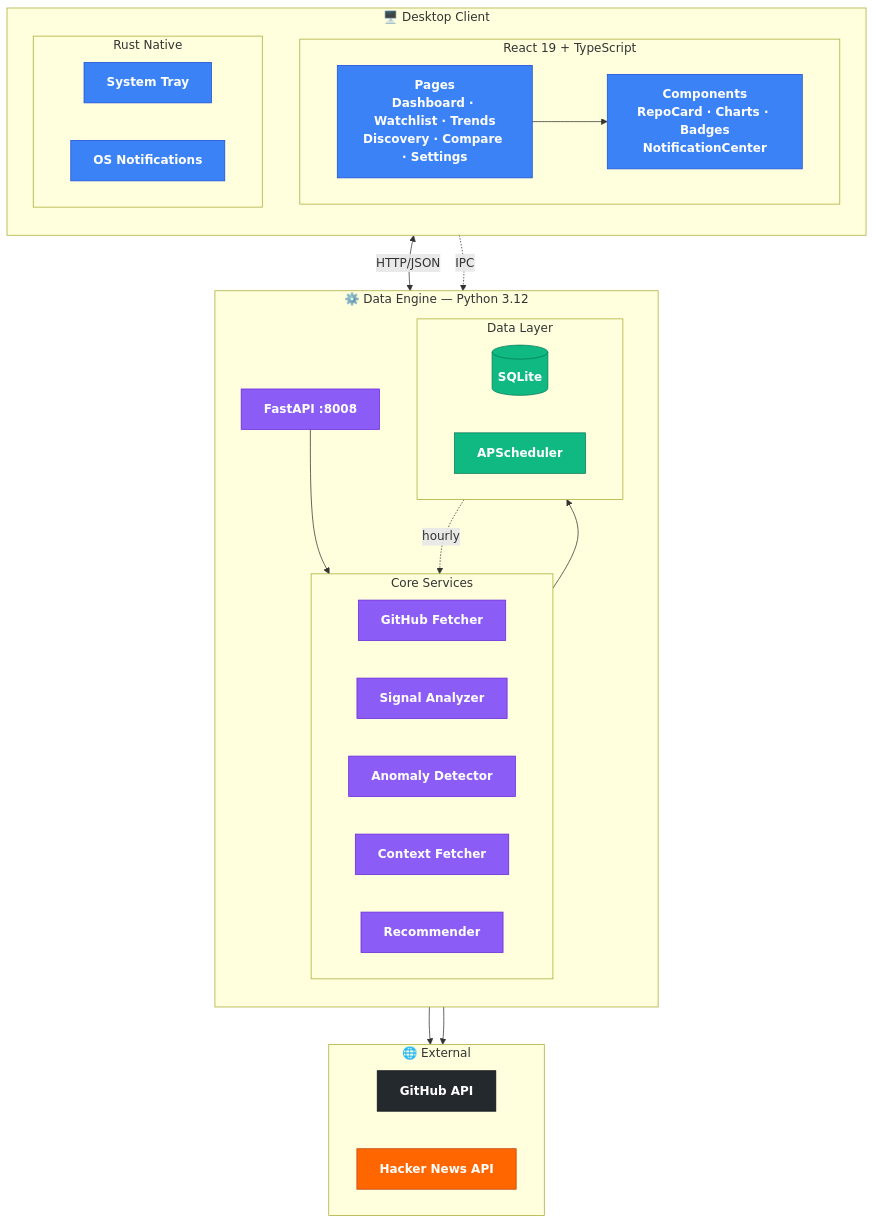
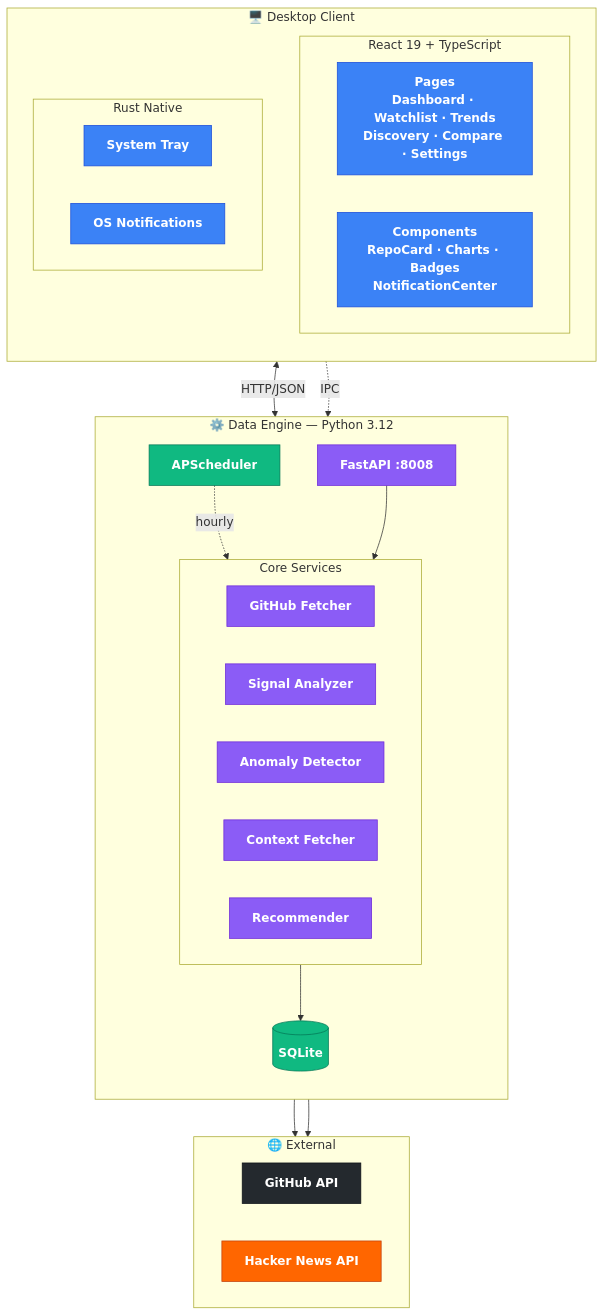
Before and after one commit to Neal75418/StarScope: the second of 2 diagrams in README.md, drawn with Mermaid.

Commit message:
docs: refine feature map and adjust data layer
- Updated feature map by removing redundant directional link.
- Flattened "Data Layer" structure for simplicity and clarity.
- Adjusted connections: "Services" now directly links to "SQLite".

````diff
--- a/README.md
+++ b/README.md
@@ -72,61 +72,57 @@
 ```mermaid
 graph TB
     subgraph Desktop["🖥️ Desktop Client"]
         direction TB
         subgraph UI["React 19 + TypeScript"]
             direction LR
             Pages["<b>Pages</b><br/>Dashboard · Watchlist · Trends<br/>Discovery · Compare · Settings"]
             Components["<b>Components</b><br/>RepoCard · Charts · Badges<br/>NotificationCenter"]
-            Pages --> Components
         end
         subgraph Native["Rust Native"]
             direction LR
             Tray["System Tray"]
             Notify["OS Notifications"]
         end
     end
 
     subgraph Engine["⚙️ Data Engine — Python 3.12"]
         direction TB
         API["FastAPI :8008"]
         subgraph Services["Core Services"]
             direction LR
             Fetch["GitHub Fetcher"]
             Analyze["Signal Analyzer"]
             Detect["Anomaly Detector"]
             Context["Context Fetcher"]
             Recommend["Recommender"]
         end
-        subgraph Data["Data Layer"]
-            direction LR
-            DB[("SQLite")]
-            Sched["APScheduler"]
-        end
+        DB[("SQLite")]
+        Sched["APScheduler"]
         API --> Services
-        Services --> Data
+        Services --> DB
         Sched -.->|hourly| Fetch
     end
 
     subgraph Ext["🌐 External"]
         direction LR
         GH["GitHub API"]
         HN["Hacker News API"]
     end
 
     Components <-->|HTTP/JSON| API
     Native -.->|IPC| API
     Fetch --> GH
     Context --> HN
 
     classDef frontend fill:#3b82f6,stroke:#1d4ed8,color:#fff,font-weight:bold
     classDef backend fill:#8b5cf6,stroke:#6d28d9,color:#fff,font-weight:bold
     classDef storage fill:#10b981,stroke:#047857,color:#fff,font-weight:bold
     classDef github fill:#24292e,stroke:#0d1117,color:#fff,font-weight:bold
     classDef hackernews fill:#ff6600,stroke:#c2410c,color:#fff,font-weight:bold
 
     class Pages,Components,Tray,Notify frontend
     class API,Fetch,Analyze,Detect,Context,Recommend backend
     class DB,Sched storage
     class GH github
     class HN hackernews
 ```
````
